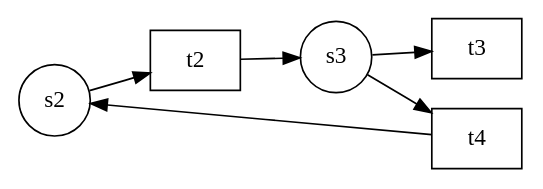
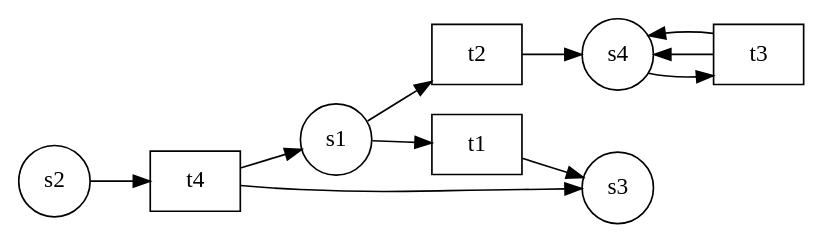
One commit to dnannen/reduction-of-petri-nets changed the diagram in Reduktionsalgorithmen/petri-netz.gv. Above: the diagram before and after it, drawn with Graphviz. The commit also changed 5 other files, not shown here.

```diff
--- a/Reduktionsalgorithmen/petri-netz.gv
+++ b/Reduktionsalgorithmen/petri-netz.gv
@@ -1,14 +1,22 @@
 digraph petrinet{
 node[shape=circle];
 rankdir=LR;
+"s1";
 "s2";
 "s3";
+"s4";
+"t1" [shape=box];
 "t2" [shape=box];
 "t3" [shape=box];
 "t4" [shape=box];
-"s2"->"t2"
-"s3"->"t3"
-"s3"->"t4"
-"t2"->"s3"
-"t4"->"s2"
+"s1"->"t1"
+"s1"->"t2"
+"s2"->"t4"
+"s4"->"t3"
+"t1"->"s3"
+"t2"->"s4"
+"t3"->"s4"
+"t3"->"s4"
+"t4"->"s1"
+"t4"->"s3"
 }
```
